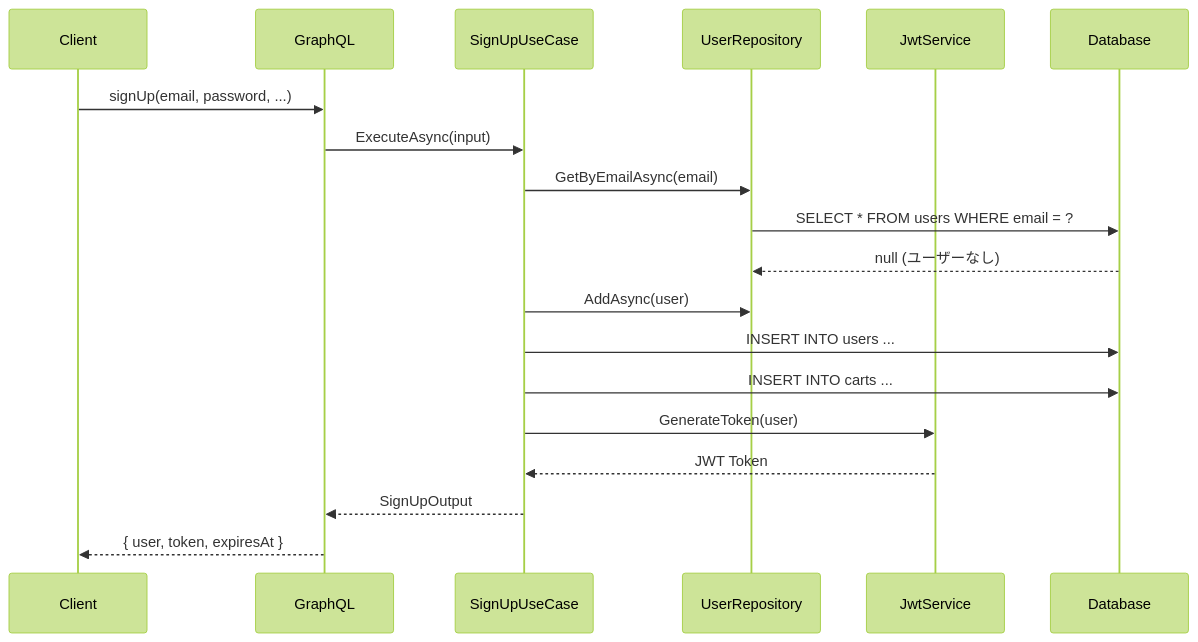
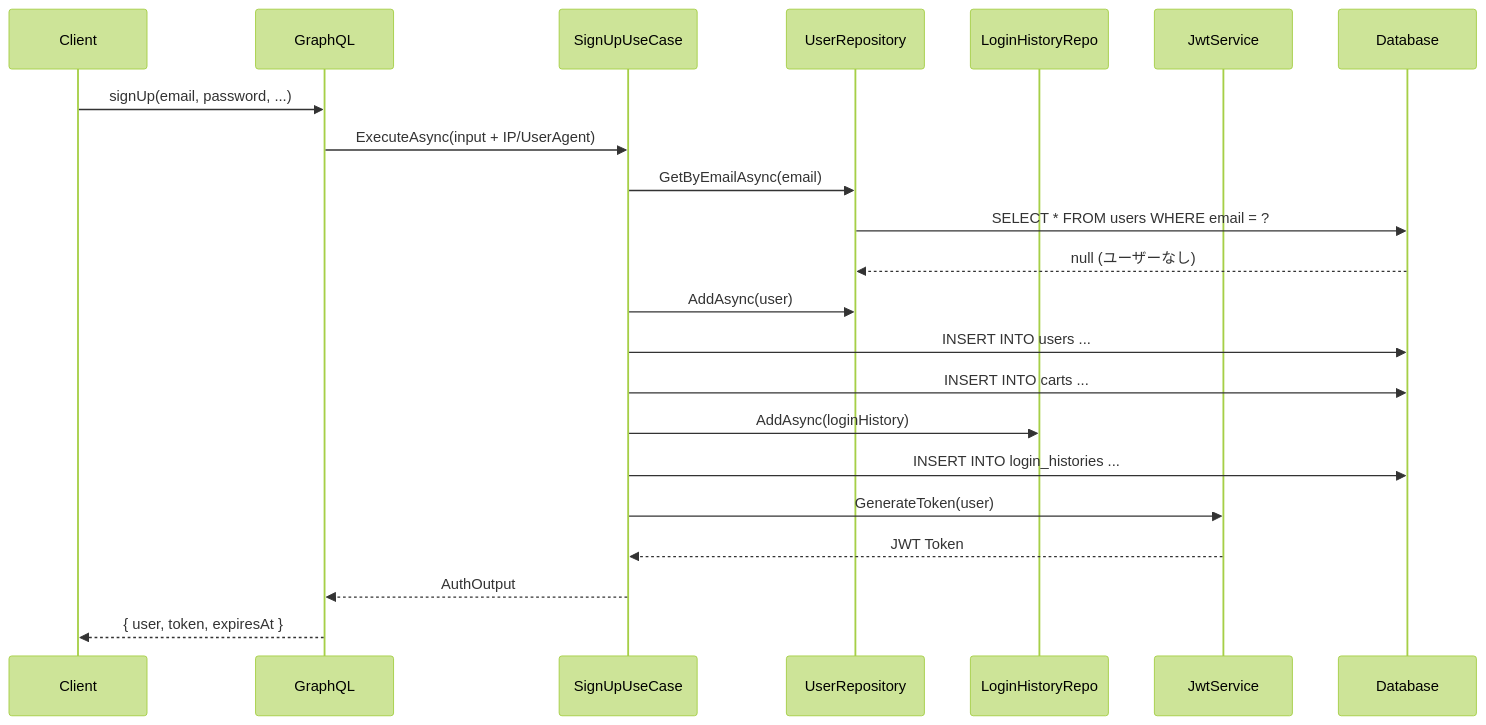
Before and after one commit to Riri-Inferno/ec-site-backend-csharp: the first of 2 diagrams in EcSiteBackend/docs/architecture.md, drawn with Mermaid (forest theme). The commit also changed other lines of this file, not shown here.

````diff
--- a/EcSiteBackend/docs/architecture.md
+++ b/EcSiteBackend/docs/architecture.md
@@ -102,22 +104,25 @@
 ```mermaid
 sequenceDiagram
     participant Client
     participant GraphQL
     participant SignUpUseCase
     participant UserRepository
+    participant LoginHistoryRepo
     participant JwtService
     participant Database
 
     Client->>GraphQL: signUp(email, password, ...)
-    GraphQL->>SignUpUseCase: ExecuteAsync(input)
+    GraphQL->>SignUpUseCase: ExecuteAsync(input + IP/UserAgent)
     SignUpUseCase->>UserRepository: GetByEmailAsync(email)
     UserRepository->>Database: SELECT * FROM users WHERE email = ?
     Database-->>UserRepository: null (ユーザーなし)
     SignUpUseCase->>UserRepository: AddAsync(user)
     SignUpUseCase->>Database: INSERT INTO users ...
     SignUpUseCase->>Database: INSERT INTO carts ...
+    SignUpUseCase->>LoginHistoryRepo: AddAsync(loginHistory)
+    SignUpUseCase->>Database: INSERT INTO login_histories ...
     SignUpUseCase->>JwtService: GenerateToken(user)
     JwtService-->>SignUpUseCase: JWT Token
-    SignUpUseCase-->>GraphQL: SignUpOutput
+    SignUpUseCase-->>GraphQL: AuthOutput
     GraphQL-->>Client: { user, token, expiresAt }
 ```
````
